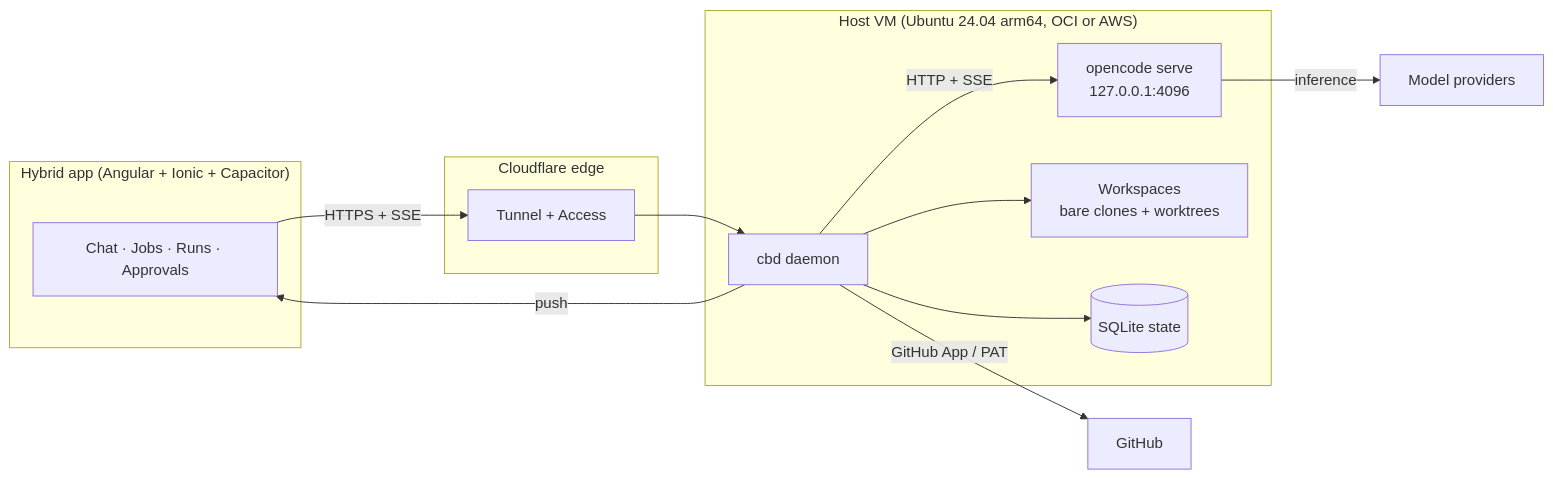
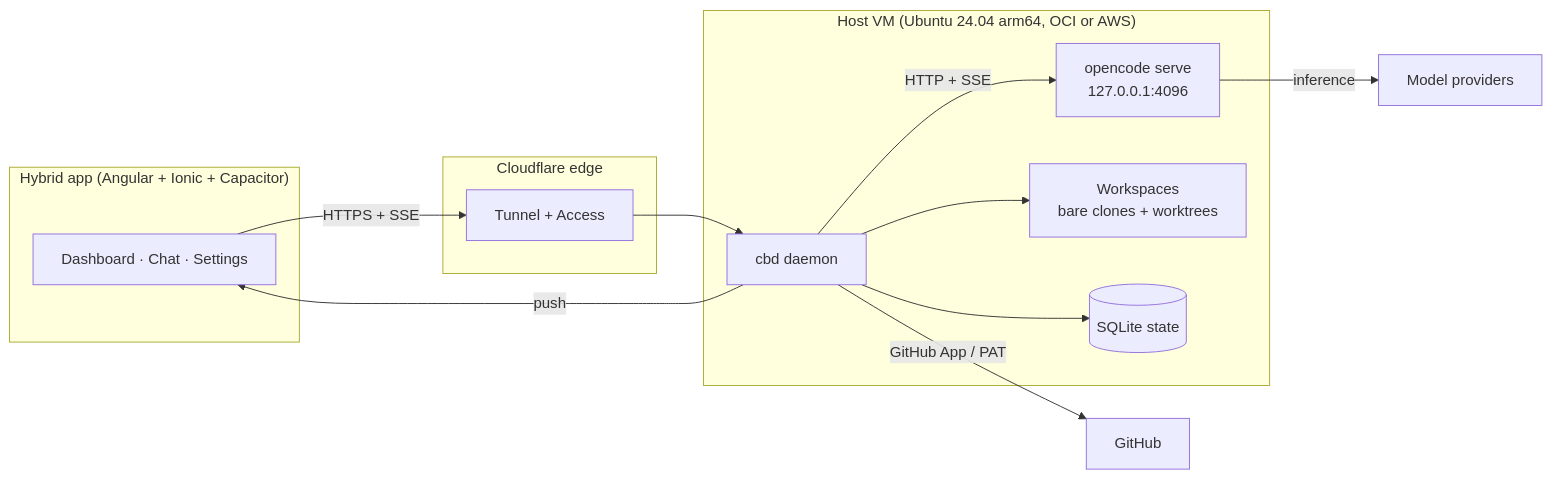
The diagram in README.md (danihp6/codebox), drawn with Mermaid before and after one commit. The commit also changed other lines of this file and 3 other files, not shown here.

````diff
--- a/README.md
+++ b/README.md
@@ -34,25 +36,25 @@
 ```mermaid
 flowchart LR
   subgraph Phone["Hybrid app (Angular + Ionic + Capacitor)"]
-    UI[Chat · Jobs · Runs · Approvals]
+    UI[Dashboard · Chat · Settings]
   end
   subgraph Edge["Cloudflare edge"]
     T[Tunnel + Access]
   end
   subgraph VM["Host VM (Ubuntu 24.04 arm64, OCI or AWS)"]
     D[cbd daemon]
     O[opencode serve<br/>127.0.0.1:4096]
     W[Workspaces<br/>bare clones + worktrees]
     S[(SQLite state)]
   end
   GH[GitHub]
   M[Model providers]
 
   UI -->|HTTPS + SSE| T --> D
   D -->|HTTP + SSE| O
   D --> W
   D --> S
   D -->|GitHub App / PAT| GH
   O -->|inference| M
   D -->|push| UI
 ```
````
